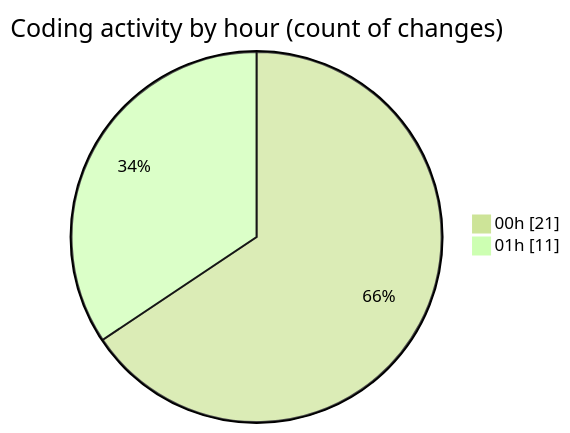
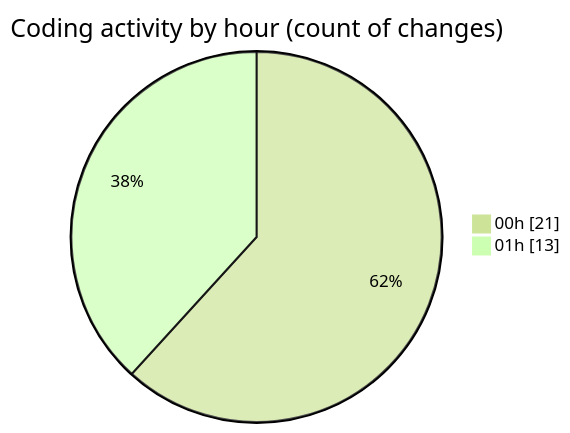
Before and after one commit to Ritupan-Deka/code-tracking: the second of 2 diagrams in 2025-06-22/___base/README.md, drawn with Mermaid (forest theme). The commit also changed other lines of this file and 1 other file, not shown here.

````diff
--- a/2025-06-22/___base/README.md
+++ b/2025-06-22/___base/README.md
@@ -30,6 +30,6 @@
 ```mermaid
 pie showData
 title Coding activity by hour (count of changes)
 "00h" : 21
-"01h" : 11
+"01h" : 13
 ```
````
